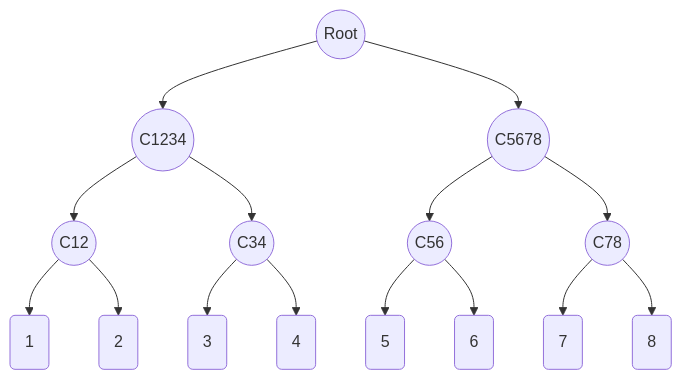
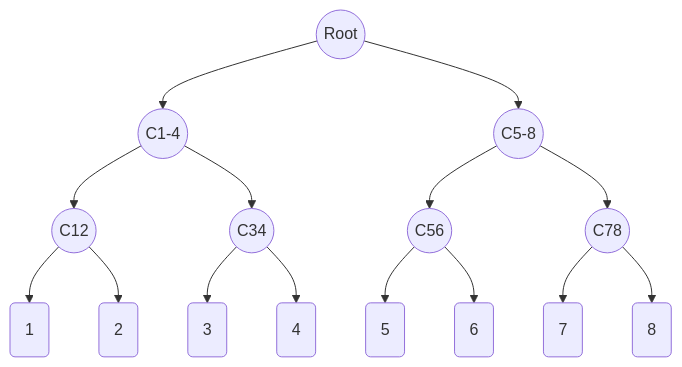
One commit to Poseidon-ZKP/merkle-forest changed the diagram in README.md. Above: the diagram before and after it, drawn with Mermaid.

Commit message:
refine BT

````diff
--- a/README.md
+++ b/README.md
@@ -29,11 +29,11 @@
 ```mermaid
     graph TB;
         R((Root))-->C1234 & C5678;
-        C1234((C1234)) --> C12((C12)) & C34((C34));
-        C5678((C5678)) --> C56((C56)) & C78((C78));
+        C1234((C1-4)) --> C12((C12)) & C34((C34));
+        C5678((C5-8)) --> C56((C56)) & C78((C78));
         C12-->L1(1) & L2(2)
         C34-->L3(3) & L4(4)
         C56-->L5(5) & L6(6)
         C78-->L7(7) & L8(8)
 
 ```
````
